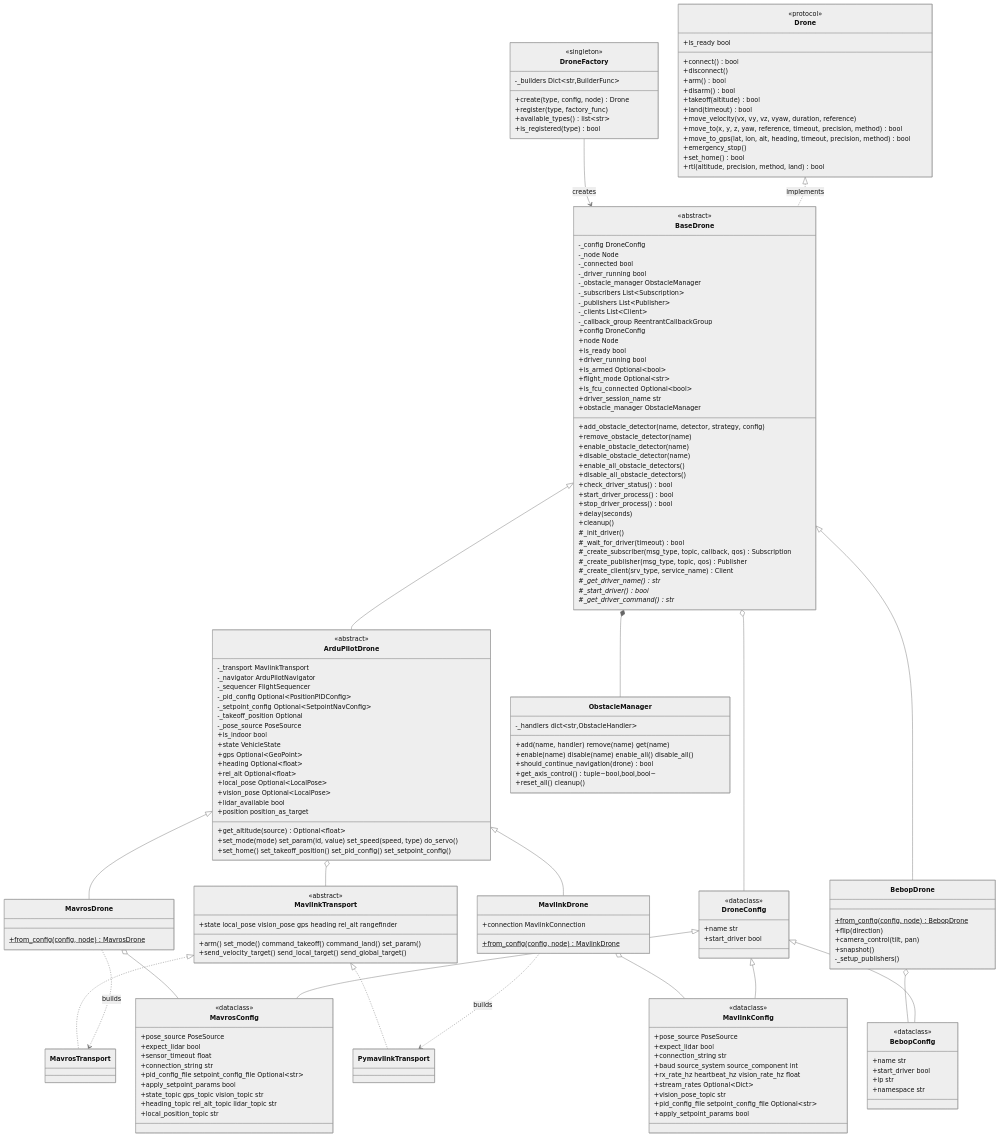
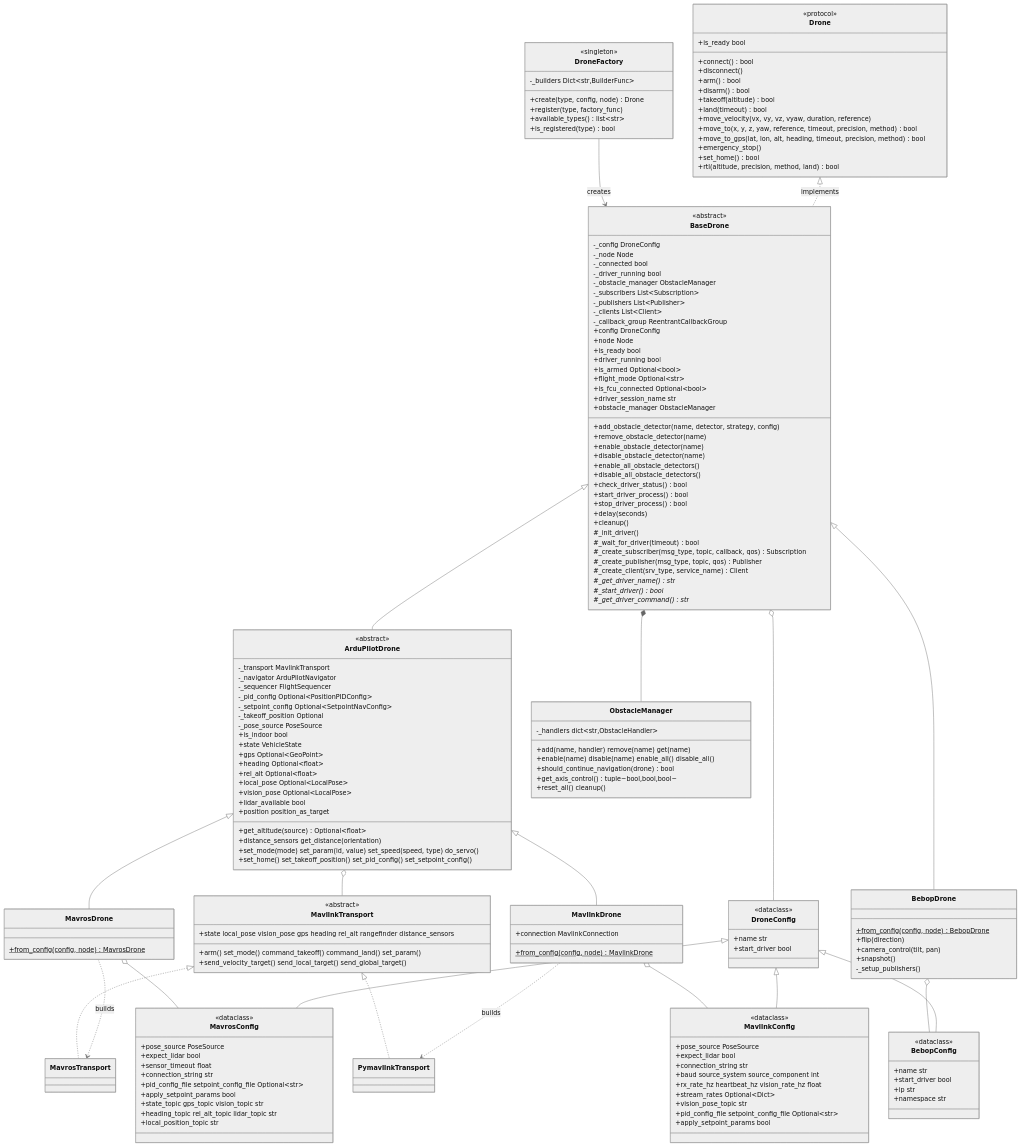
One commit to Black-Bee-Drones/nectar-sdk changed the first of 2 diagrams in nectar/nectar/control/README.md. Above: the diagram before and after it, drawn with Mermaid (neutral theme). The commit also changed 21 other files, not shown here.

Commit message:
feat(control): add multi-orientation distance sensor support; fix ui driver check; fix yaw none default

```diff
--- a/nectar/nectar/control/README.md
+++ b/nectar/nectar/control/README.md
@@ -102,6 +102,7 @@
         +lidar_available bool
         +position position_as_target
         +get_altitude(source) Optional~float~
+        +distance_sensors get_distance(orientation)
         +set_mode(mode) set_param(id, value) set_speed(speed, type) do_servo()
         +set_home() set_takeoff_position() set_pid_config() set_setpoint_config()
     }
@@ -117,7 +118,7 @@
 
     class MavlinkTransport {
         <<abstract>>
-        +state local_pose vision_pose gps heading rel_alt rangefinder
+        +state local_pose vision_pose gps heading rel_alt rangefinder distance_sensors
         +arm() set_mode() command_takeoff() command_land() set_param()
         +send_velocity_target() send_local_target() send_global_target()
     }
```
